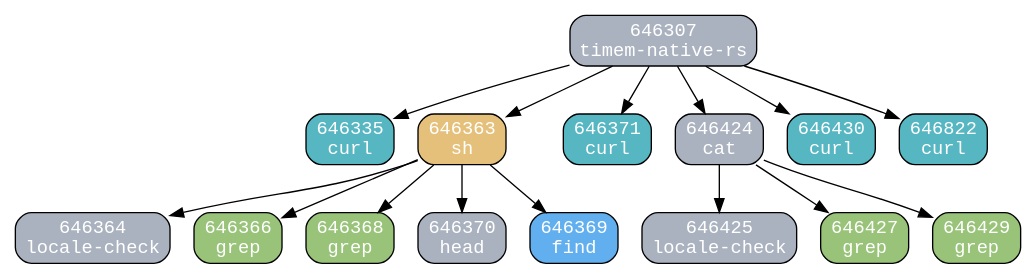
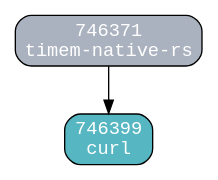
One commit to Claud-Ling/agent-sight changed the diagram in research/timemai-process-model/output/process_tree_T5a-agentos-fundamentals.dot. Above: the diagram before and after it, drawn with Graphviz. The commit also changed 33 other files, not shown here.

```diff
--- a/research/timemai-process-model/output/process_tree_T5a-agentos-fundamentals.dot
+++ b/research/timemai-process-model/output/process_tree_T5a-agentos-fundamentals.dot
@@ -1,34 +1,8 @@
 digraph process_tree {
   rankdir=TB;
   node [shape=box, style=rounded, fontname=monospace];
   edge [fontname=monospace, fontsize=10];
-  646307 [label="646307\ntimem-native-rs" fillcolor="#ABB2BF" style="filled,rounded" fontcolor="white"];
-  646335 [label="646335\ncurl" fillcolor="#56B6C2" style="filled,rounded" fontcolor="white"];
-  646307 -> 646335;
-  646363 [label="646363\nsh" fillcolor="#E5C07B" style="filled,rounded" fontcolor="white"];
-  646364 [label="646364\nlocale-check" fillcolor="#ABB2BF" style="filled,rounded" fontcolor="white"];
-  646363 -> 646364;
-  646366 [label="646366\ngrep" fillcolor="#98C379" style="filled,rounded" fontcolor="white"];
-  646363 -> 646366;
-  646368 [label="646368\ngrep" fillcolor="#98C379" style="filled,rounded" fontcolor="white"];
-  646363 -> 646368;
-  646370 [label="646370\nhead" fillcolor="#ABB2BF" style="filled,rounded" fontcolor="white"];
-  646363 -> 646370;
-  646369 [label="646369\nfind" fillcolor="#61AFEF" style="filled,rounded" fontcolor="white"];
-  646363 -> 646369;
-  646307 -> 646363;
-  646371 [label="646371\ncurl" fillcolor="#56B6C2" style="filled,rounded" fontcolor="white"];
-  646307 -> 646371;
-  646424 [label="646424\ncat" fillcolor="#ABB2BF" style="filled,rounded" fontcolor="white"];
-  646425 [label="646425\nlocale-check" fillcolor="#ABB2BF" style="filled,rounded" fontcolor="white"];
-  646424 -> 646425;
-  646427 [label="646427\ngrep" fillcolor="#98C379" style="filled,rounded" fontcolor="white"];
-  646424 -> 646427;
-  646429 [label="646429\ngrep" fillcolor="#98C379" style="filled,rounded" fontcolor="white"];
-  646424 -> 646429;
-  646307 -> 646424;
-  646430 [label="646430\ncurl" fillcolor="#56B6C2" style="filled,rounded" fontcolor="white"];
-  646307 -> 646430;
-  646822 [label="646822\ncurl" fillcolor="#56B6C2" style="filled,rounded" fontcolor="white"];
-  646307 -> 646822;
+  746371 [label="746371\ntimem-native-rs" fillcolor="#ABB2BF" style="filled,rounded" fontcolor="white"];
+  746399 [label="746399\ncurl" fillcolor="#56B6C2" style="filled,rounded" fontcolor="white"];
+  746371 -> 746399;
 }
```
